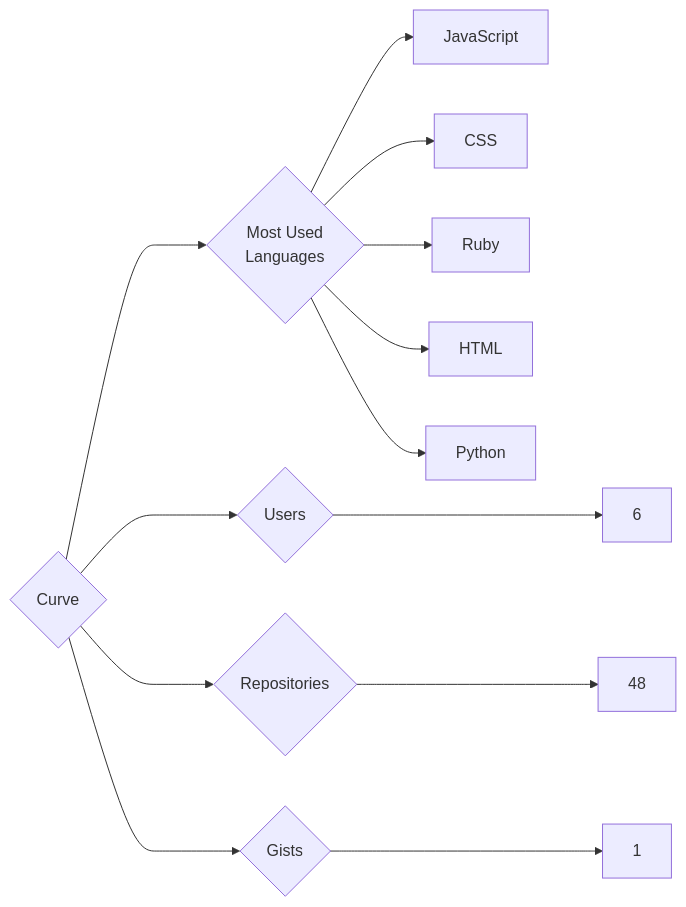
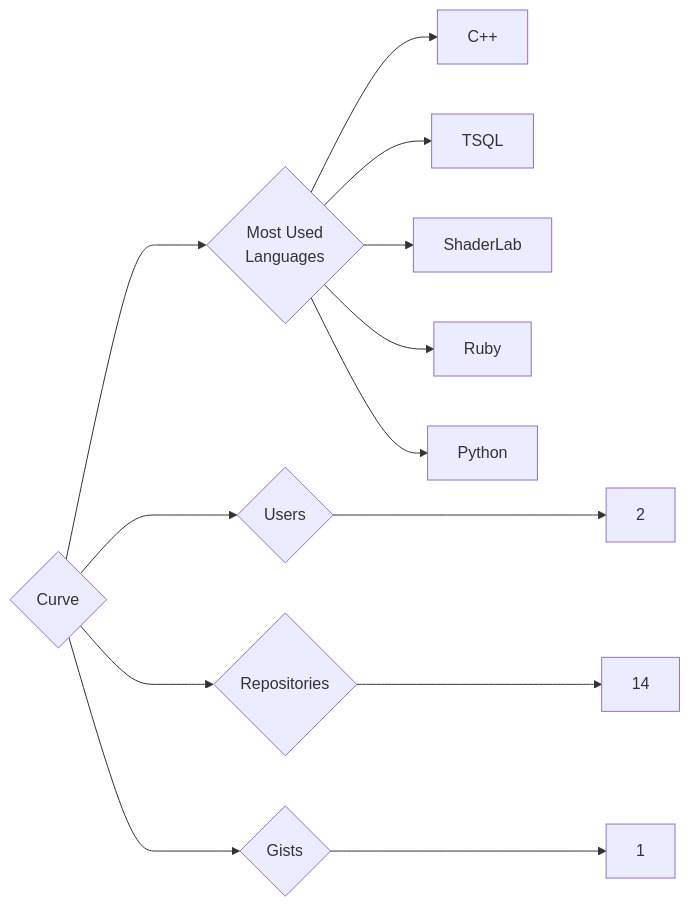
One commit to trickest/insiders changed the diagram in targets/Curve/README.md. Above: the diagram before and after it, drawn with Mermaid. The commit also changed 1036 other files, not shown here.

````diff
--- a/targets/Curve/README.md
+++ b/targets/Curve/README.md
@@ -3,13 +3,13 @@
 ```mermaid
 graph LR
 COMPANY_NAME{Curve}
-COMPANY_NAME ---> U{Users} ---> UN[6]
-COMPANY_NAME ---> R{Repositories} ---> RN[48]
+COMPANY_NAME ---> U{Users} ---> UN[2]
+COMPANY_NAME ---> R{Repositories} ---> RN[14]
 COMPANY_NAME ---> G{Gists} ---> GN[1]
 COMPANY_NAME ---> ML{Most Used<br>Languages}
-ML --> JavaScript[JavaScript]
-ML --> CSS[CSS]
+ML --> C++[C++]
+ML --> TSQL[TSQL]
+ML --> ShaderLab[ShaderLab]
 ML --> Ruby[Ruby]
-ML --> HTML[HTML]
 ML --> Python[Python]
 ```
````
